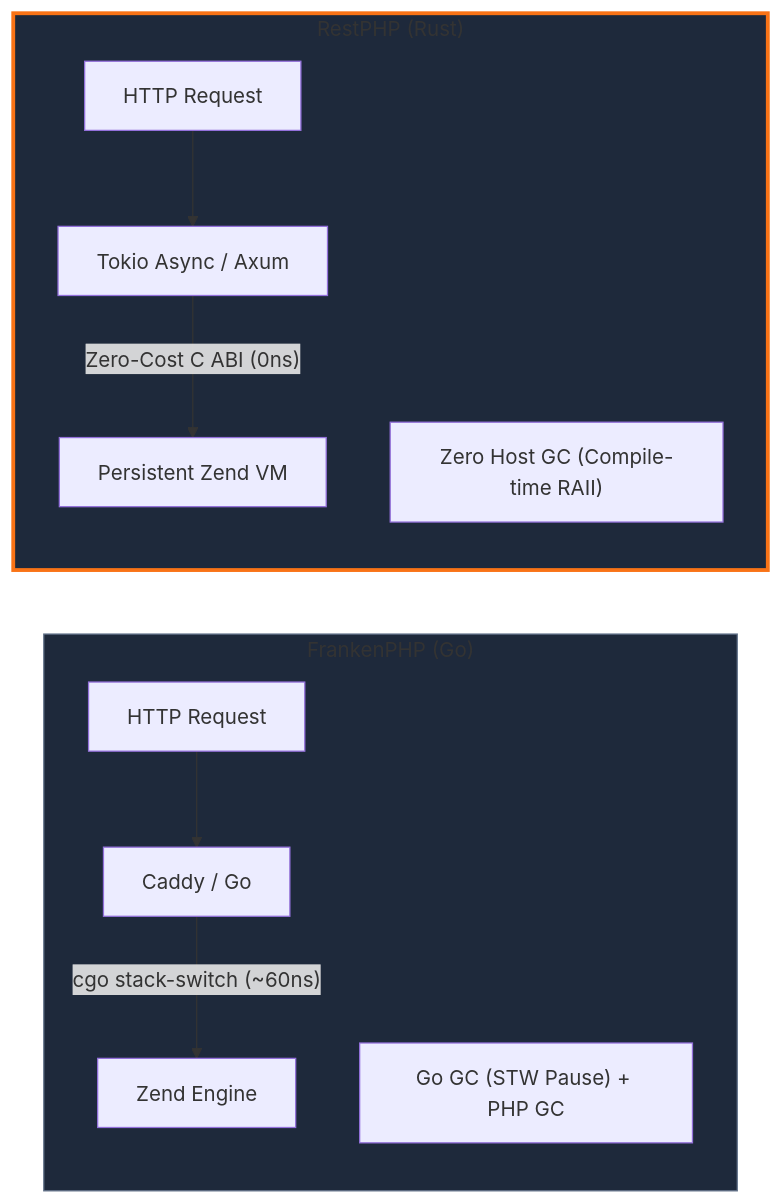
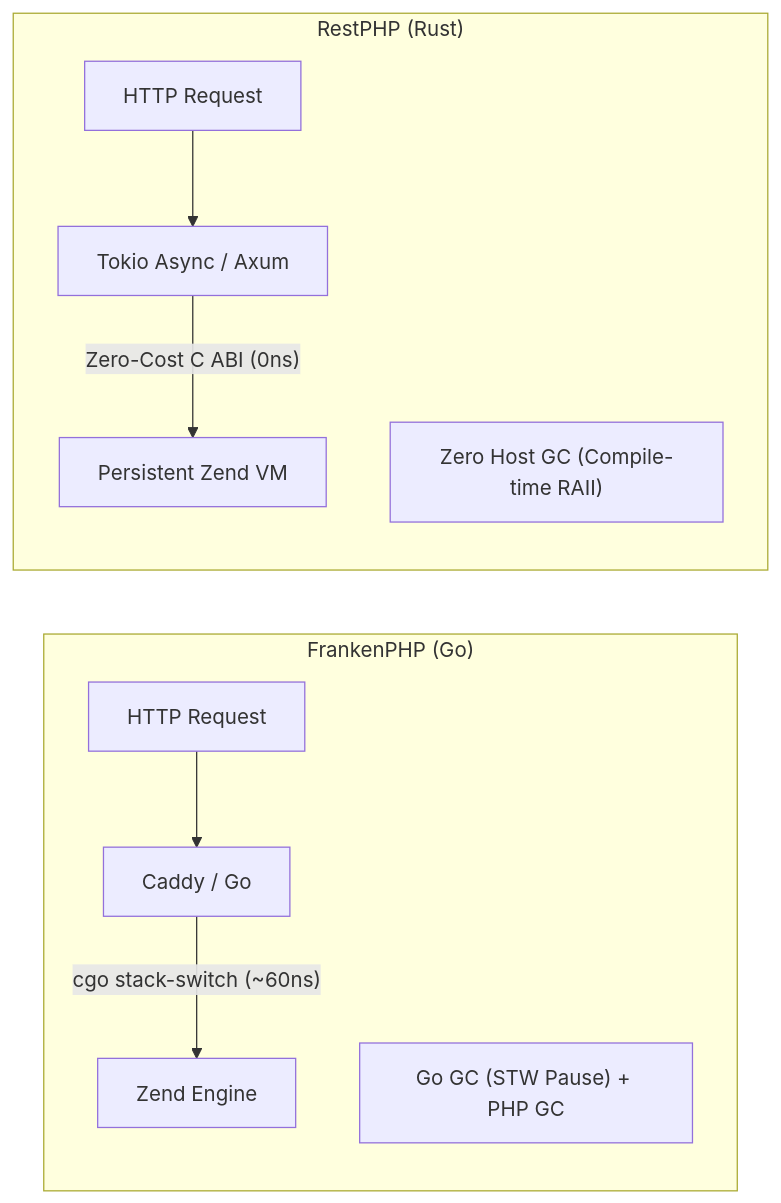
The second of 2 diagrams in docs/index.md (arsyadal/restphp), drawn with Mermaid before and after one commit. The commit also changed 5 other files, not shown here.

Commit message:
fix(docs): render Mermaid architecture diagrams (#20)

````diff
--- a/docs/index.md
+++ b/docs/index.md
@@ -118,17 +118,15 @@
 ```mermaid
 graph LR
     subgraph FrankenPHP_Go ["FrankenPHP (Go)"]
         HTTP1[HTTP Request] --> Caddy[Caddy / Go]
         Caddy -- "cgo stack-switch (~60ns)" --> Zend1[Zend Engine]
         GC1["Go GC (STW Pause) + PHP GC"]
     end
 
     subgraph RestPHP_Rust ["RestPHP (Rust)"]
         HTTP2[HTTP Request] --> Tokio[Tokio Async / Axum]
         Tokio -- "Zero-Cost C ABI (0ns)" --> Zend2[Persistent Zend VM]
         GC2["Zero Host GC (Compile-time RAII)"]
     end
 
-    style RestPHP_Rust fill:#1e293b,stroke:#f97316,stroke-width:3px
-    style FrankenPHP_Go fill:#1e293b,stroke:#64748b,stroke-width:1px
 ```
````
